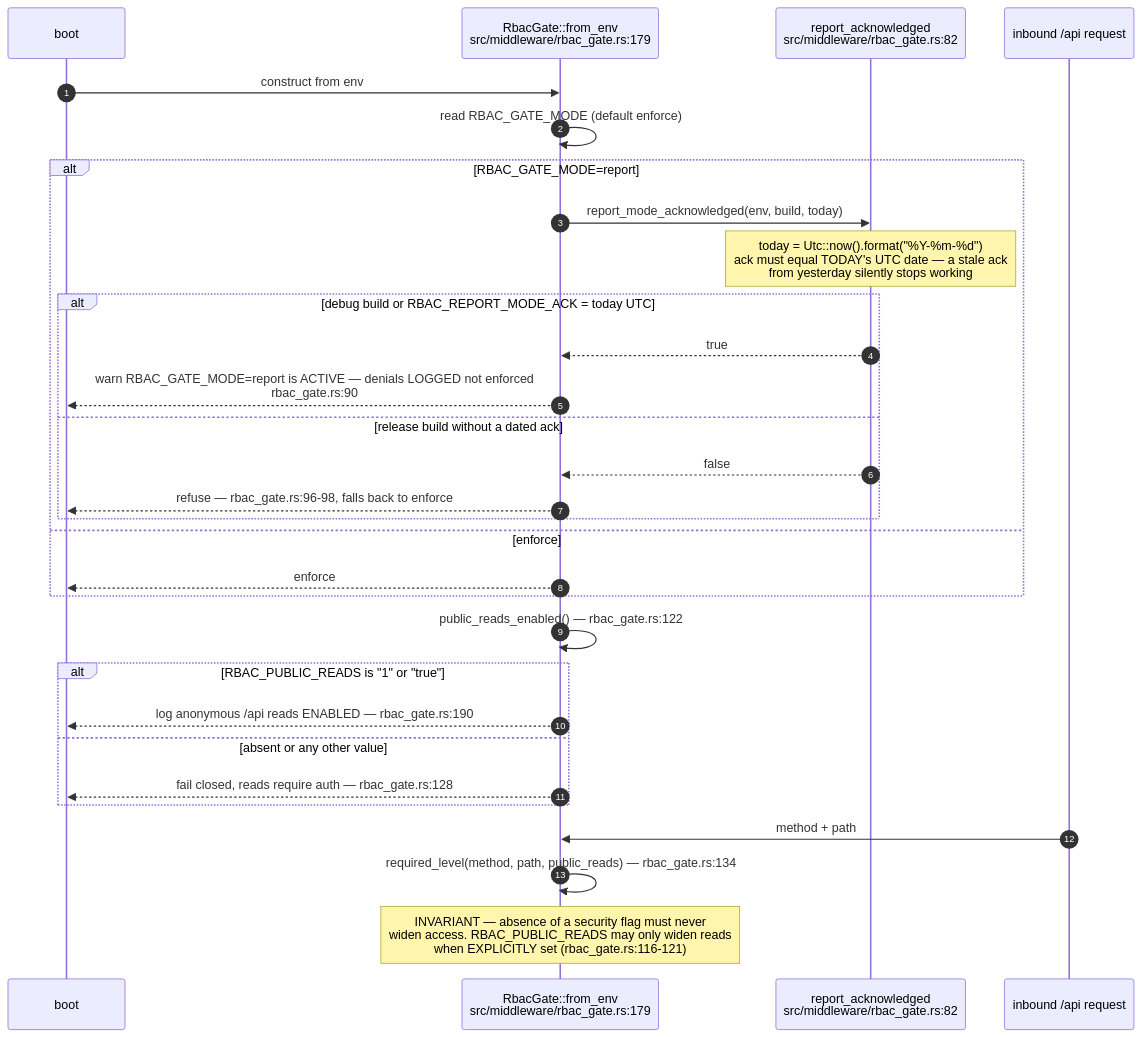
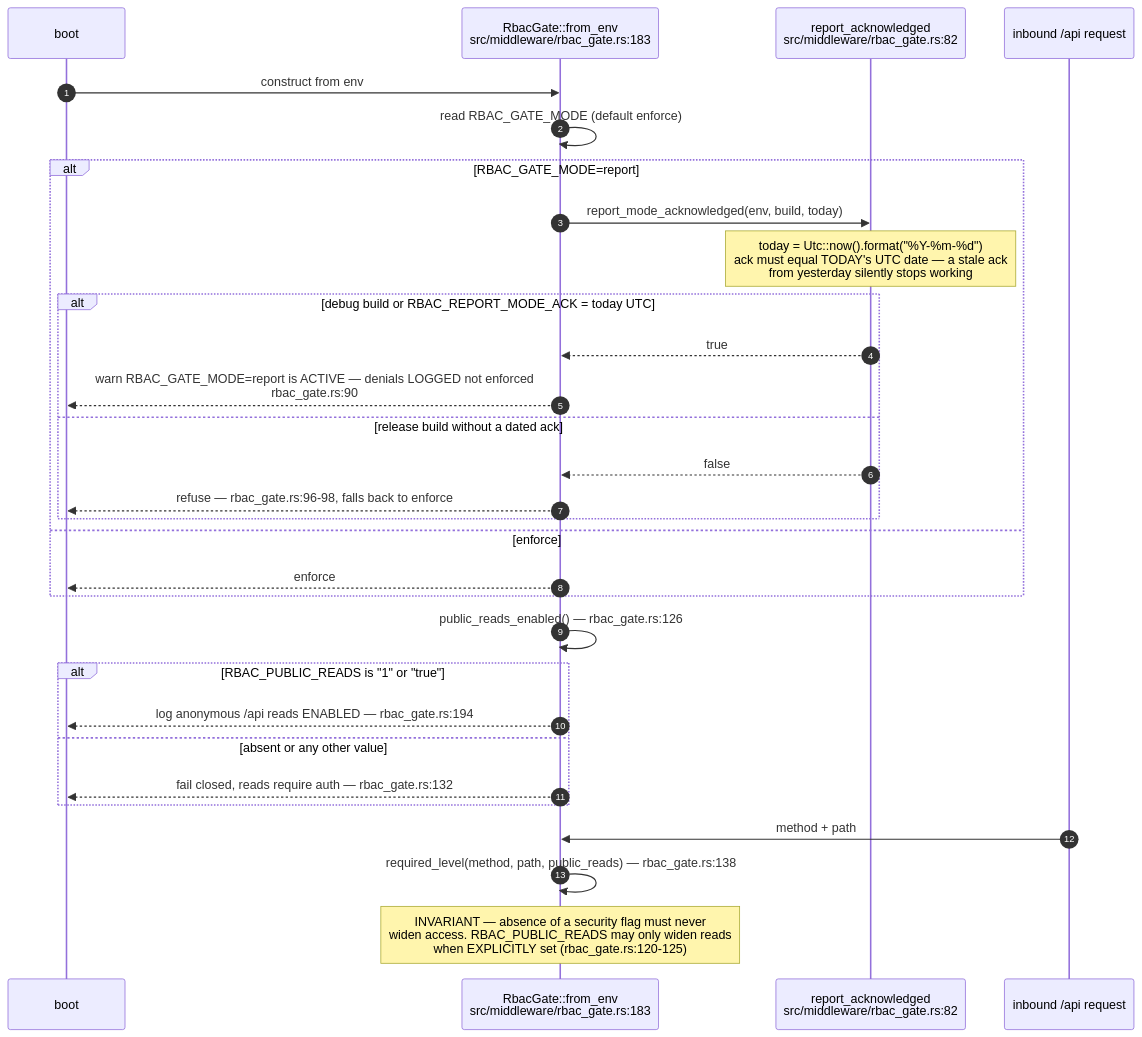
The fifth of 10 diagrams in docs/diagrams/estate/10-deployment-and-security-profiles.md (DreamLab-AI/AR-AI-Knowledge-Graph), drawn with Mermaid before and after one commit. The commit also changed other lines of this file and 73 other files, not shown here.

First line of the commit message:
docs(diagrams): re-verify all 71 topic files against HEAD; add --cite-check

````diff
--- a/docs/diagrams/estate/10-deployment-and-security-profiles.md
+++ b/docs/diagrams/estate/10-deployment-and-security-profiles.md
@@ -186,33 +186,33 @@
 ```mermaid
 sequenceDiagram
     autonumber
     participant B as boot
-    participant RG as RbacGate::from_env<br/>src/middleware/rbac_gate.rs:179
+    participant RG as RbacGate::from_env<br/>src/middleware/rbac_gate.rs:183
     participant RA as report_acknowledged<br/>src/middleware/rbac_gate.rs:82
     participant REQ as inbound /api request
 
     B->>RG: construct from env
     RG->>RG: read RBAC_GATE_MODE (default enforce)
     alt RBAC_GATE_MODE=report
         RG->>RA: report_mode_acknowledged(env, build, today)
         Note over RA: today = Utc::now().format("%Y-%m-%d")<br/>ack must equal TODAY's UTC date — a stale ack<br/>from yesterday silently stops working
         alt debug build or RBAC_REPORT_MODE_ACK = today UTC
             RA-->>RG: true
             RG-->>B: warn RBAC_GATE_MODE=report is ACTIVE — denials LOGGED not enforced<br/>rbac_gate.rs:90
         else release build without a dated ack
             RA-->>RG: false
             RG-->>B: refuse — rbac_gate.rs:96-98, falls back to enforce
         end
     else enforce
         RG-->>B: enforce
     end
-    RG->>RG: public_reads_enabled() — rbac_gate.rs:122
+    RG->>RG: public_reads_enabled() — rbac_gate.rs:126
     alt RBAC_PUBLIC_READS is "1" or "true"
-        RG-->>B: log anonymous /api reads ENABLED — rbac_gate.rs:190
+        RG-->>B: log anonymous /api reads ENABLED — rbac_gate.rs:194
     else absent or any other value
-        RG-->>B: fail closed, reads require auth — rbac_gate.rs:128
+        RG-->>B: fail closed, reads require auth — rbac_gate.rs:132
     end
     REQ->>RG: method + path
-    RG->>RG: required_level(method, path, public_reads) — rbac_gate.rs:134
-    Note over RG: INVARIANT — absence of a security flag must never<br/>widen access. RBAC_PUBLIC_READS may only widen reads<br/>when EXPLICITLY set (rbac_gate.rs:116-121)
+    RG->>RG: required_level(method, path, public_reads) — rbac_gate.rs:138
+    Note over RG: INVARIANT — absence of a security flag must never<br/>widen access. RBAC_PUBLIC_READS may only widen reads<br/>when EXPLICITLY set (rbac_gate.rs:120-125)
 ```
````
